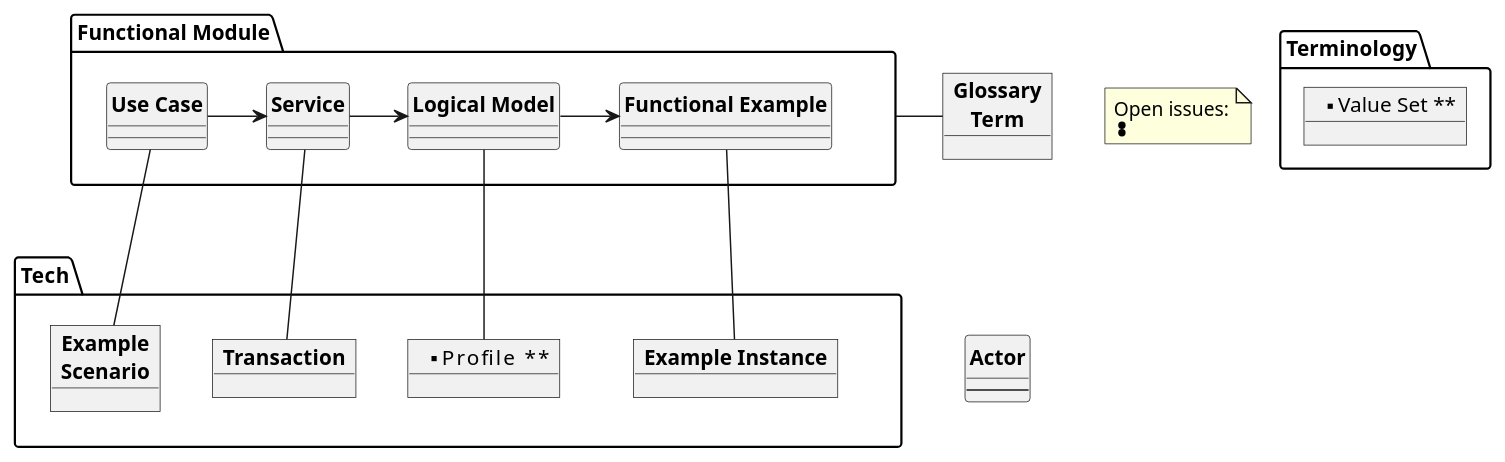
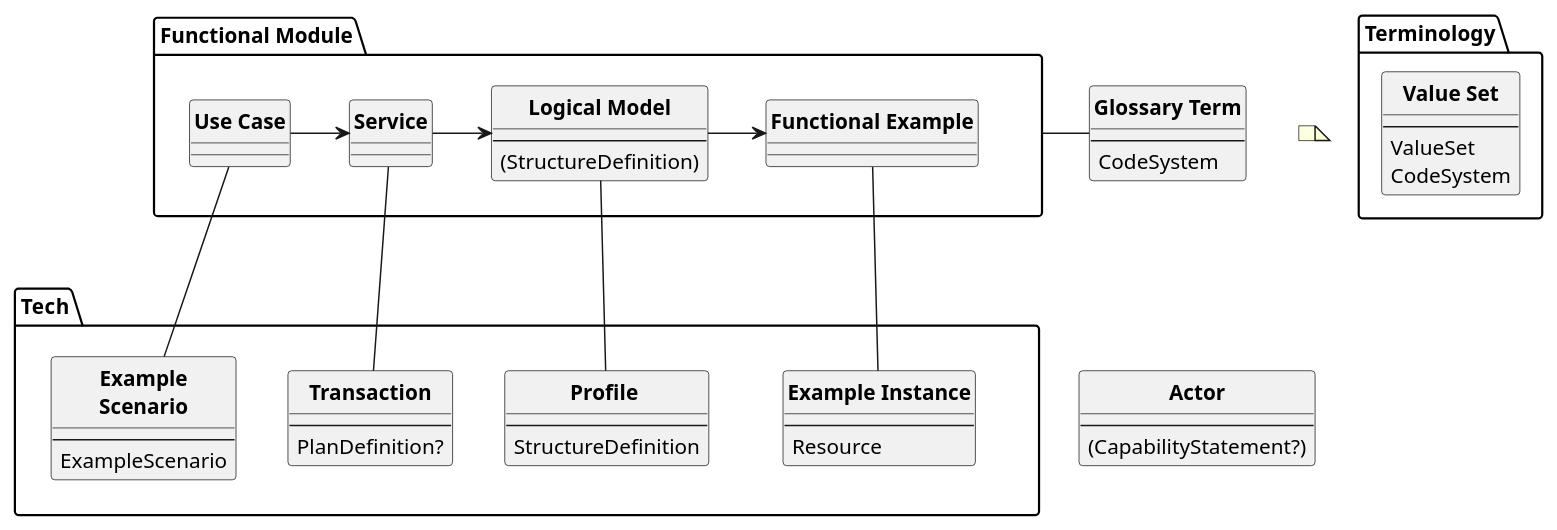
The diagram in source/be_overview.pu (IHE/FHIR_IG_content), drawn with PlantUML before and after one commit.

```diff
--- a/source/be_overview.pu
+++ b/source/be_overview.pu
@@ -12,6 +12,8 @@
 
 
   Class "**Logical Model**" as LogicalModel {
+  --
+  (StructureDefinition)
   }
 
   Class "**Functional Example**" as Example {
@@ -28,6 +30,7 @@
   |_ (content)
   '/
   --
+  (CapabilityStatement?)
 }
 
 /'
@@ -73,7 +76,9 @@
 '/
 
 
-Object "**Glossary**\n**Term**" as BTerm {
+Class "**Glossary Term**" as BTerm {
+  --
+  CodeSystem
 }
 
 
@@ -97,7 +102,10 @@
 
 
 package "Terminology" as Term {
-  object "** Value Set **" as ValueSet {
+  Class "** Value Set **" as ValueSet {
+    --
+    ValueSet
+    CodeSystem
   }
 }
 
@@ -105,22 +113,26 @@
 
 package "Technical Module" as Tech {
 
-  object "**Transaction**" as Transaction {
-
+  Class "**Transaction**" as Transaction {
+  --
+  PlanDefinition?
   }
 
 
-  object "**   Profile    **" as Profile {
-
+  Class "**   Profile    **" as Profile {
+  --
+  StructureDefinition
   }
 
 
-  object "**Example Instance**" as ExampleInstance {
-
+  Class "**Example Instance**" as ExampleInstance {
+  --
+  Resource
   }
 
-  object "**Example**\n**Scenario**" as ExampleScenario {
-
+  Class "**Example**\n**Scenario**" as ExampleScenario {
+  --
+  ExampleScenario
   }
 }
 
@@ -264,9 +276,7 @@
 '/
 
 note as N1
-Open issues:
-* 
-* 
+
 end note
 
 
```
